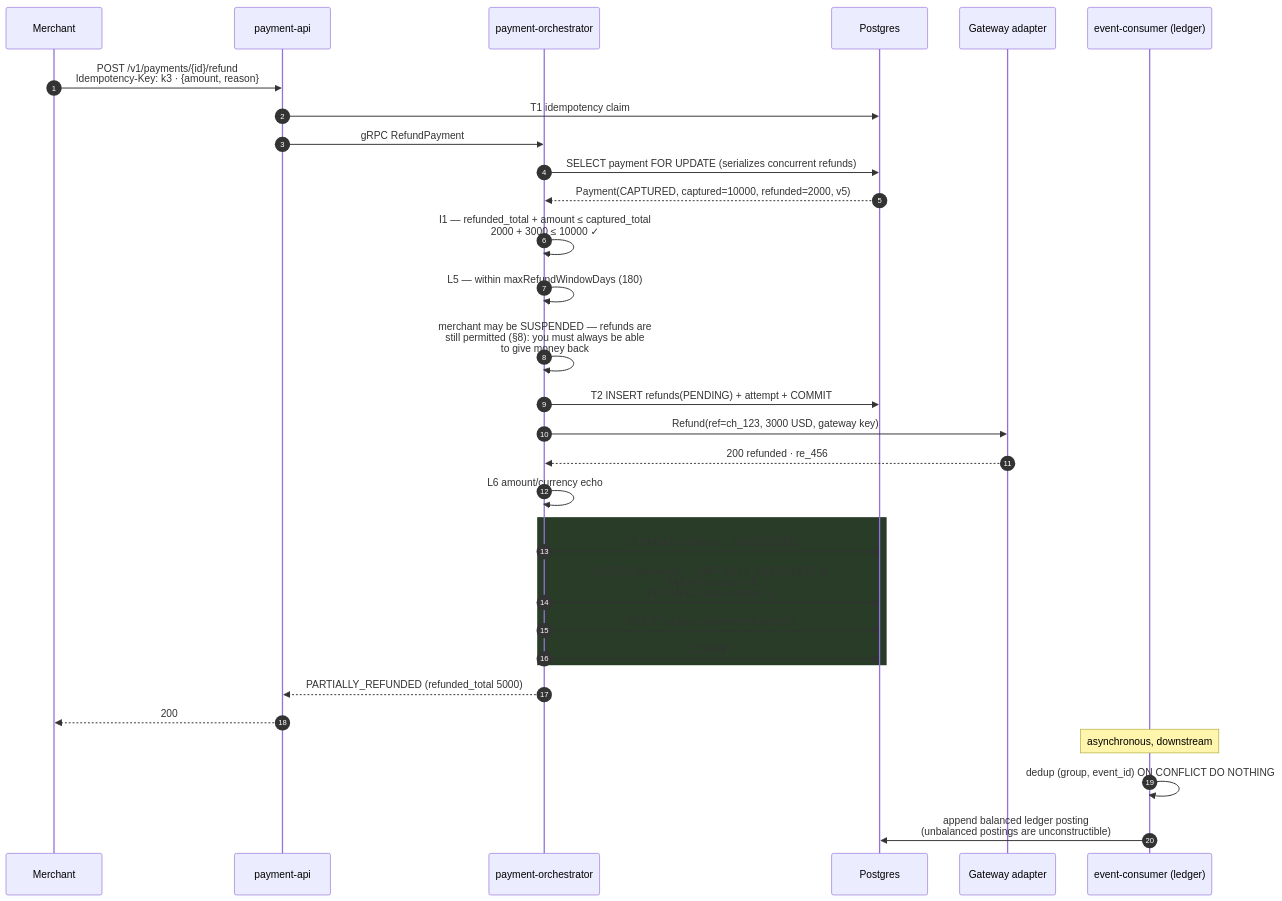
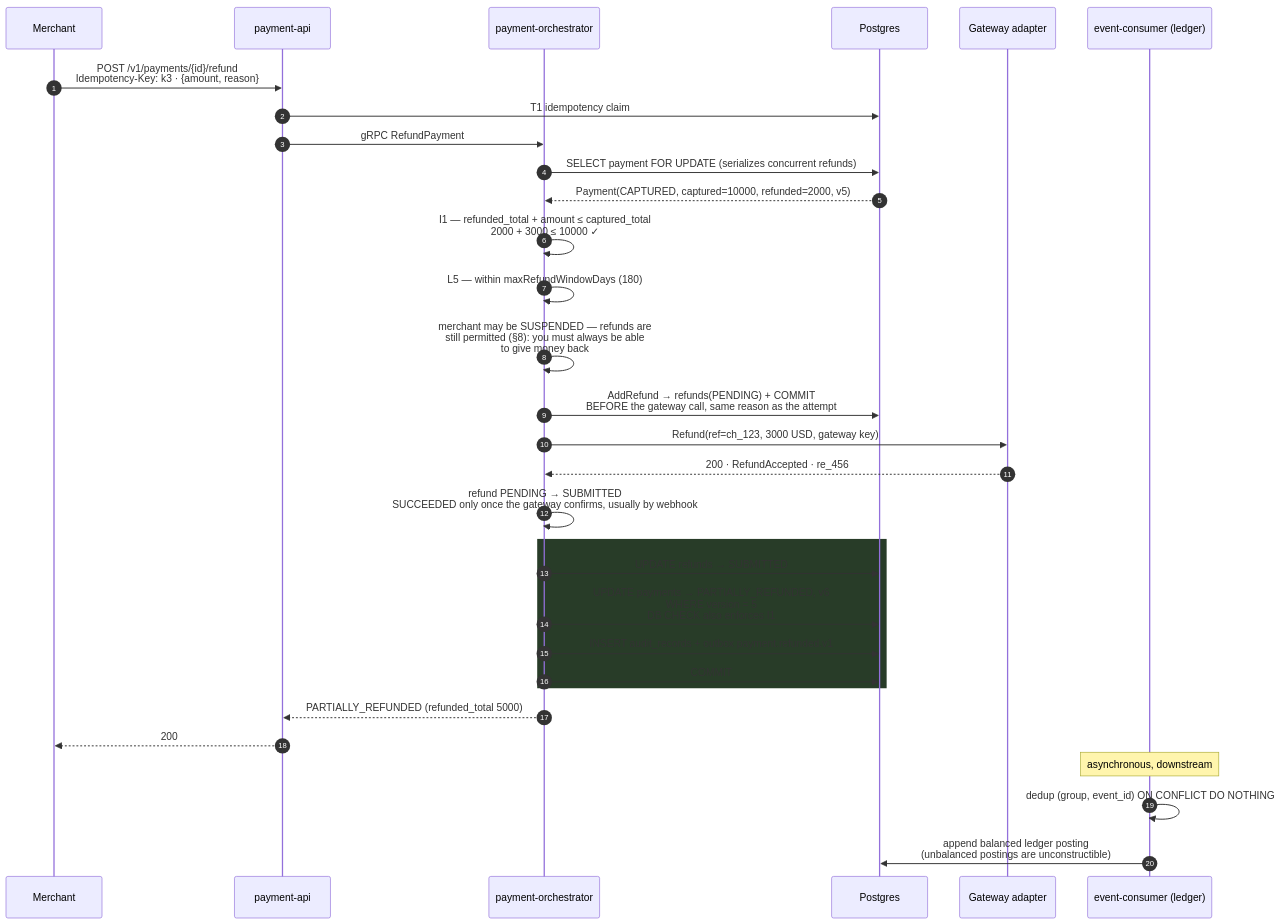
One commit to udaykishore-resu/payments-platform changed the fourth of 6 diagrams in docs/lld.md. Above: the diagram before and after it, drawn with Mermaid. The commit also changed other lines of this file and 67 other files, not shown here.

````diff
--- a/docs/lld.md
+++ b/docs/lld.md
@@ -1222,40 +1229,40 @@
 ```mermaid
 sequenceDiagram
     autonumber
     participant M as Merchant
     participant API as payment-api
     participant ORC as payment-orchestrator
     participant PG as Postgres
     participant GW as Gateway adapter
     participant EC as event-consumer (ledger)
 
     M->>API: POST /v1/payments/{id}/refund<br/>Idempotency-Key: k3 · {amount, reason}
     API->>PG: T1 idempotency claim
     API->>ORC: gRPC RefundPayment
 
     ORC->>PG: SELECT payment FOR UPDATE (serializes concurrent refunds)
     PG-->>ORC: Payment(CAPTURED, captured=10000, refunded=2000, v5)
 
     ORC->>ORC: I1 — refunded_total + amount ≤ captured_total<br/>2000 + 3000 ≤ 10000 ✓
     ORC->>ORC: L5 — within maxRefundWindowDays (180)
     ORC->>ORC: merchant may be SUSPENDED — refunds are<br/>still permitted (§8): you must always be able<br/>to give money back
 
-    ORC->>PG: T2 INSERT refunds(PENDING) + attempt + COMMIT
+    ORC->>PG: AddRefund → refunds(PENDING) + COMMIT<br/>BEFORE the gateway call, same reason as the attempt
     ORC->>GW: Refund(ref=ch_123, 3000 USD, gateway key)
-    GW-->>ORC: 200 refunded · re_456
-    ORC->>ORC: L6 amount/currency echo
+    GW-->>ORC: 200 · RefundAccepted · re_456
+    ORC->>ORC: refund PENDING → SUBMITTED<br/>SUCCEEDED only once the gateway confirms, usually by webhook
 
     rect rgb(40,60,40)
-    ORC->>PG: T3 UPDATE refunds → SUCCEEDED
+    ORC->>PG: UPDATE refunds → SUBMITTED
     ORC->>PG: UPDATE payments → PARTIALLY_REFUNDED, v6<br/>WHERE version = 5<br/>DB CHECK also enforces I1
-    ORC->>PG: INSERT outbox payment.refunded.v1
+    ORC->>PG: INSERT audit_records + outbox payment.refunded.v1
     ORC->>PG: COMMIT
     end
 
     ORC-->>API: PARTIALLY_REFUNDED (refunded_total 5000)
     API-->>M: 200
 
     Note over EC: asynchronous, downstream
     EC->>EC: dedup (group, event_id) ON CONFLICT DO NOTHING
     EC->>PG: append balanced ledger posting<br/>(unbalanced postings are unconstructible)
 ```
````
